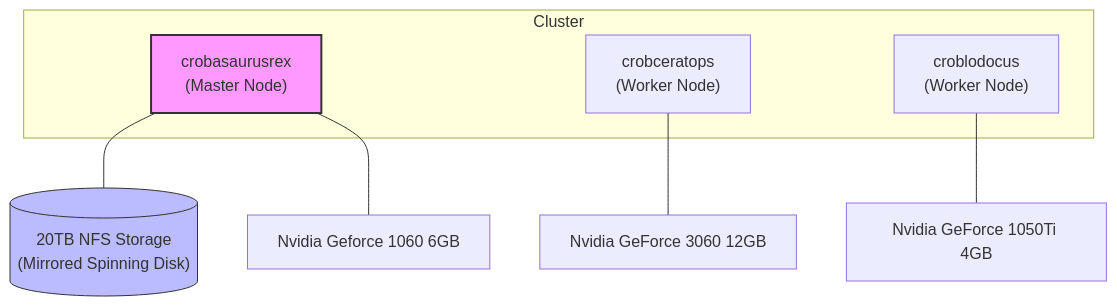
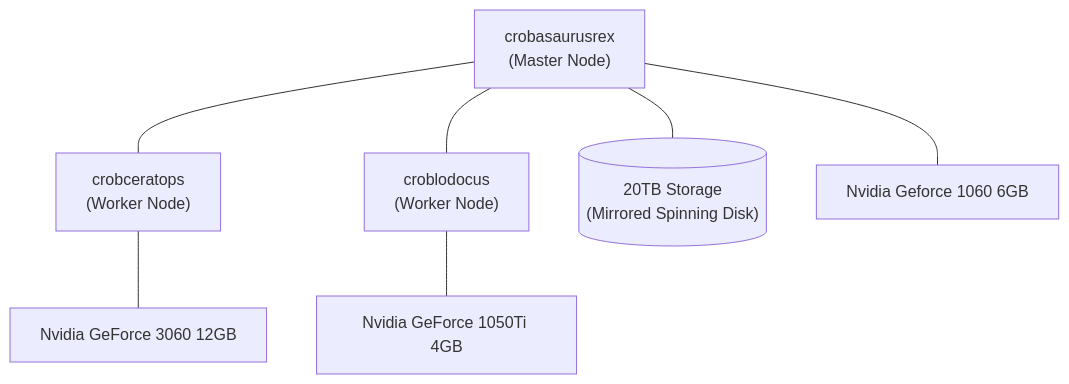
The diagram in README.md (ryanbeales/personal-microk8s-config), drawn with Mermaid before and after one commit. The commit also changed other lines of this file and 5 other files, not shown here.

````diff
--- a/README.md
+++ b/README.md
@@ -13,16 +105,13 @@
 ```mermaid
 graph TD
-    subgraph Cluster
-        M["crobasaurusrex<br/>(Master Node)"]
-        W1["crobceratops<br/>(Worker Node)"]
-        W2["croblodocus<br/>(Worker Node)"]
-    end
+    M["crobasaurusrex<br/>(Master Node)"]
+    W1["crobceratops<br/>(Worker Node)"]
+    W2["croblodocus<br/>(Worker Node)"]
 
-    M --- Storage[("20TB NFS Storage<br/>(Mirrored Spinning Disk)")]
+    M --- Storage[("20TB Storage<br/>(Mirrored Spinning Disk)")]
     M --- G1["Nvidia Geforce 1060 6GB"]
     W1 --- G2["Nvidia GeForce 3060 12GB"]
     W2 --- G3["Nvidia GeForce 1050Ti 4GB"]
-
-    style M fill:#f9f,stroke:#333,stroke-width:2px
-    style Storage fill:#bbf,stroke:#333,stroke-width:1px
+    M --- W1
+    M --- W2
 ```
````
